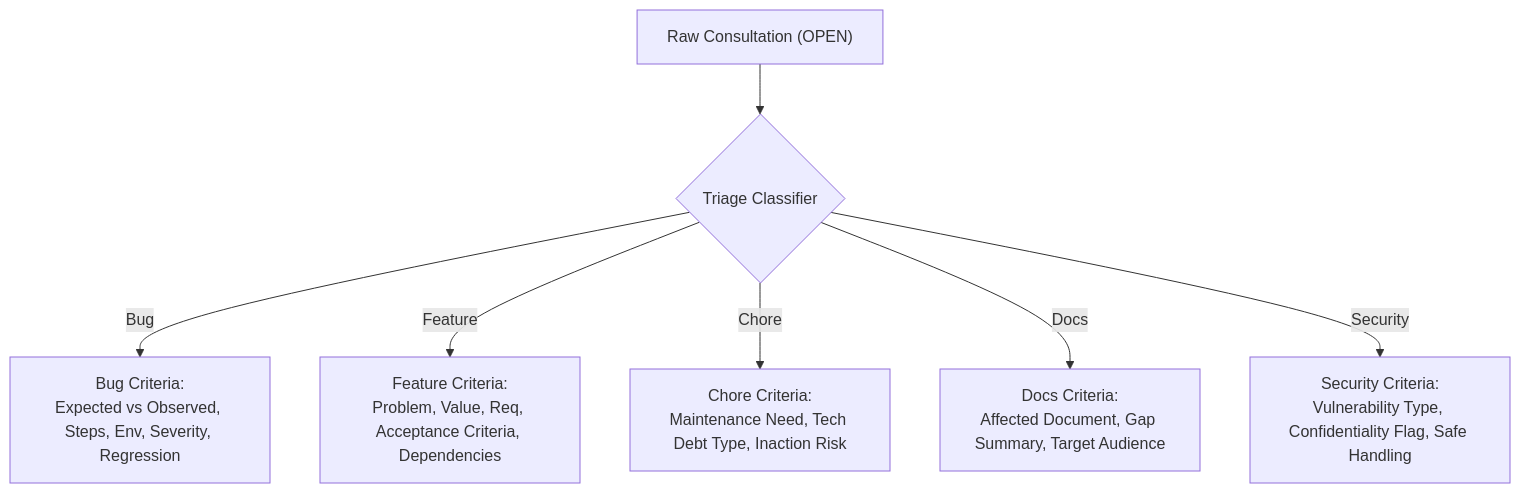
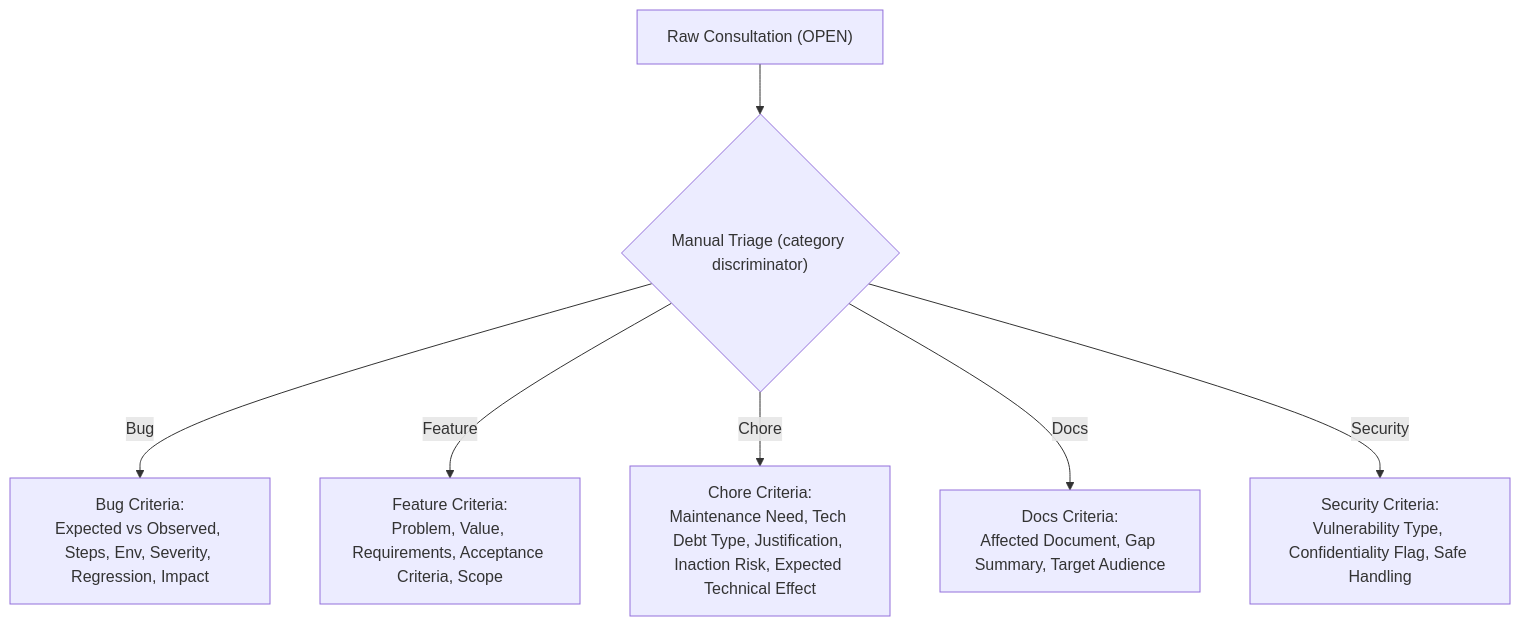
Before and after one commit to jacksonsr451/EventFlow: the second of 8 diagrams in docs/architecture/work-management-workflow.md, drawn with Mermaid. The commit also changed other lines of this file and 14 other files, not shown here.

Commit message:
feat(work-management): add differentiated consultation triage and reclassification (#5) (#68)

````diff
--- a/docs/architecture/work-management-workflow.md
+++ b/docs/architecture/work-management-workflow.md
@@ -189,9 +192,9 @@
 ```mermaid
 flowchart TD
-    Raw["Raw Consultation (OPEN)"] --> Triage{"Triage Classifier"}
-    Triage -->|Bug| BugNode["Bug Criteria:<br/>Expected vs Observed, Steps, Env, Severity, Regression"]
-    Triage -->|Feature| FeatNode["Feature Criteria:<br/>Problem, Value, Req, Acceptance Criteria, Dependencies"]
-    Triage -->|Chore| ChoreNode["Chore Criteria:<br/>Maintenance Need, Tech Debt Type, Inaction Risk"]
+    Raw["Raw Consultation (OPEN)"] --> Triage{"Manual Triage (category discriminator)"}
+    Triage -->|Bug| BugNode["Bug Criteria:<br/>Expected vs Observed, Steps, Env, Severity, Regression, Impact"]
+    Triage -->|Feature| FeatNode["Feature Criteria:<br/>Problem, Value, Requirements, Acceptance Criteria, Scope"]
+    Triage -->|Chore| ChoreNode["Chore Criteria:<br/>Maintenance Need, Tech Debt Type, Justification, Inaction Risk, Expected Technical Effect"]
     Triage -->|Docs| DocsNode["Docs Criteria:<br/>Affected Document, Gap Summary, Target Audience"]
     Triage -->|Security| SecNode["Security Criteria:<br/>Vulnerability Type, Confidentiality Flag, Safe Handling"]
 ```
````
